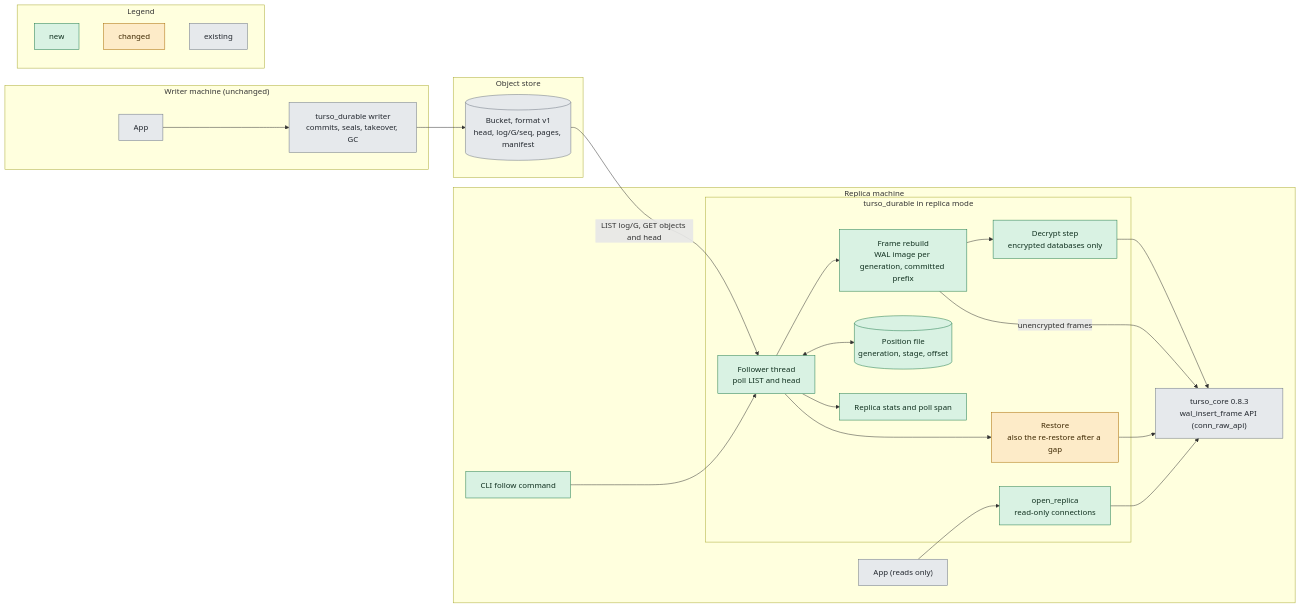
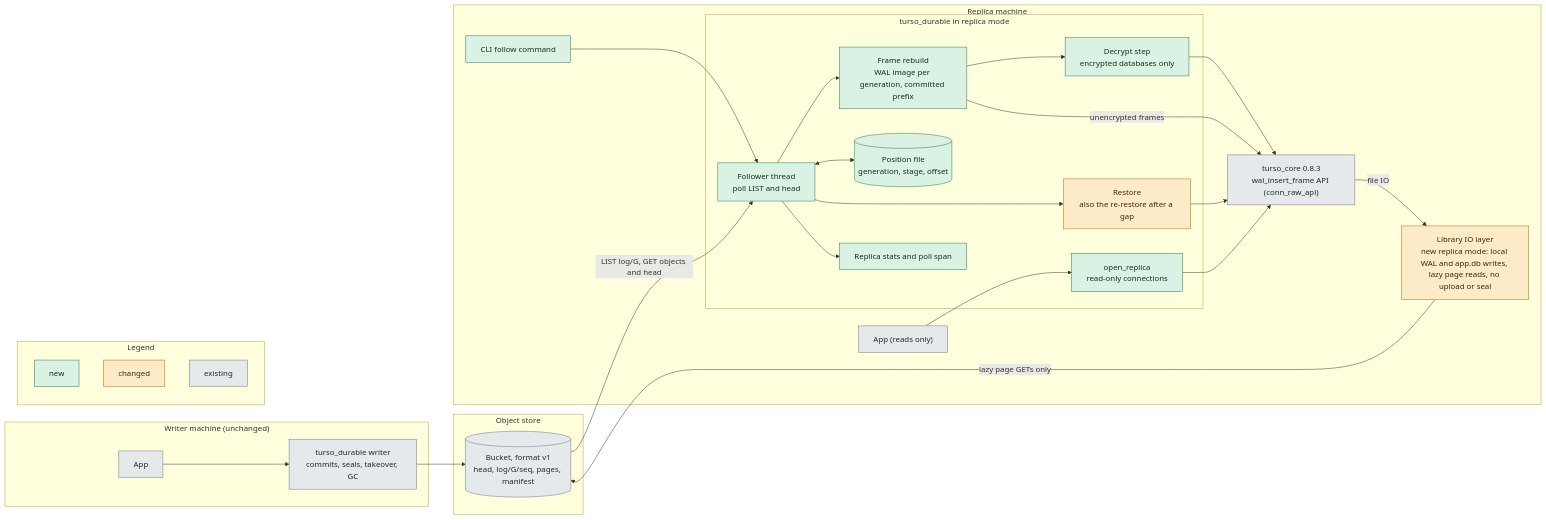
Before and after one commit to kahgeh/buckwal: the first of 4 diagrams in docs/read-replicas-recon.md, drawn with Mermaid. The commit also changed other lines of this file and 2 other files, not shown here.

Commit message:
replica-recon: frame numbering by offset, replica IO mode, audit record, re-run notes

````diff
--- a/docs/read-replicas-recon.md
+++ b/docs/read-replicas-recon.md
@@ -351,42 +379,45 @@
 ```mermaid
 flowchart LR
   subgraph writer["Writer machine (unchanged)"]
     wapp["App"]:::existing
     wlib["turso_durable writer<br/>commits, seals, takeover, GC"]:::existing
   end
   subgraph store["Object store"]
     bucket[("Bucket, format v1<br/>head, log/G/seq, pages, manifest")]:::existing
   end
   subgraph replica["Replica machine"]
     rapp["App (reads only)"]:::existing
     subgraph rlib["turso_durable in replica mode"]
       ropen["open_replica<br/>read-only connections"]:::new
       follow["Follower thread<br/>poll LIST and head"]:::new
       rebuild["Frame rebuild<br/>WAL image per generation, committed prefix"]:::new
       decrypt["Decrypt step<br/>encrypted databases only"]:::new
       pos[("Position file<br/>generation, stage, offset")]:::new
       rest["Restore<br/>also the re-restore after a gap"]:::changed
       stats["Replica stats and poll span"]:::new
     end
     core["turso_core 0.8.3<br/>wal_insert_frame API (conn_raw_api)"]:::existing
+    rio["Library IO layer<br/>new replica mode: local WAL and app.db writes, lazy page reads, no upload or seal"]:::changed
     cli["CLI follow command"]:::new
   end
   wapp --> wlib --> bucket
   bucket -- "LIST log/G, GET objects and head" --> follow
   follow --> rebuild --> decrypt --> core
   rebuild -- "unencrypted frames" --> core
   follow <--> pos
   rest --> core
+  core -- "file IO" --> rio
+  rio -- "lazy page GETs only" --> bucket
   follow --> rest
   rapp --> ropen --> core
   follow --> stats
   cli --> follow
   subgraph legend["Legend"]
     l1["new"]:::new
     l2["changed"]:::changed
     l3["existing"]:::existing
   end
   classDef new fill:#d9f2e3,stroke:#1f7a4a,color:#10301f
   classDef changed fill:#fdebc8,stroke:#a86b00,color:#3d2700
   classDef existing fill:#e6e9ec,stroke:#6b7480,color:#22272e
 ```
````
